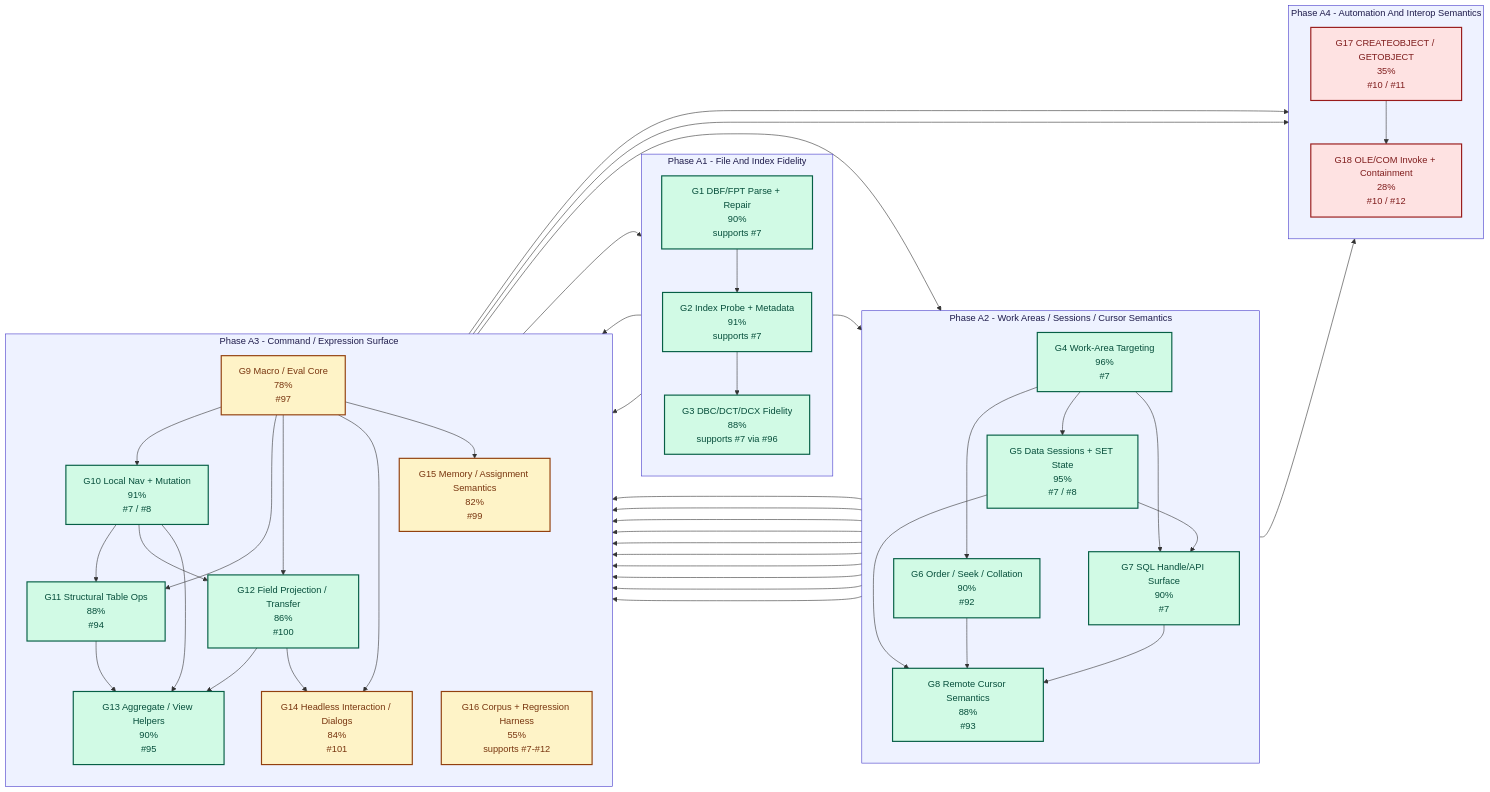
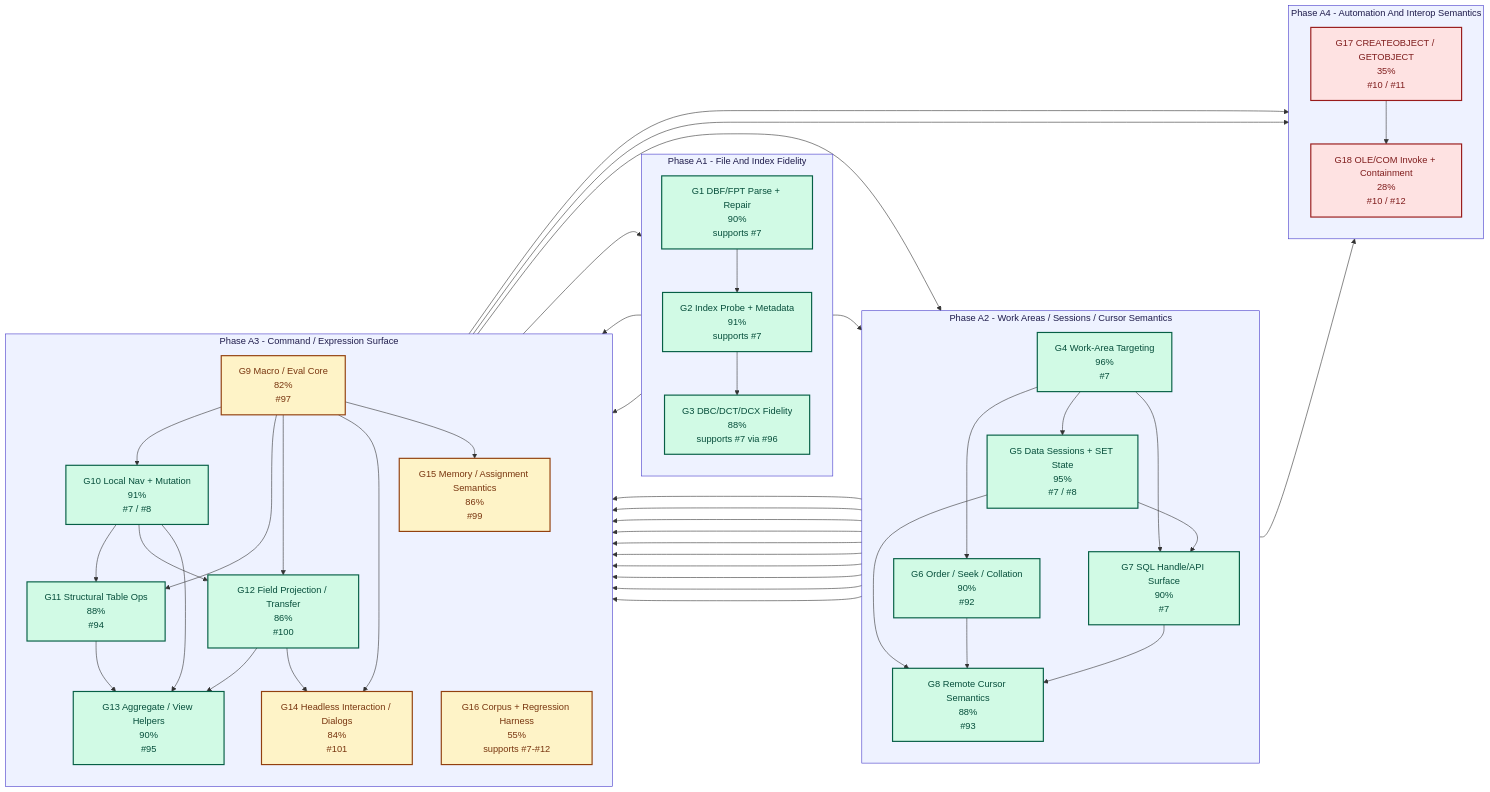
The first of 3 diagrams in docs/23-phase-a-dependency-breakdown.md (rhamenator/Project-Copperfin), drawn with Mermaid before and after one commit. The commit also changed other lines of this file and 10 other files, not shown here.

Commit message:
Close #123-#126 macro and memory residual slices

```diff
--- a/docs/23-phase-a-dependency-breakdown.md
+++ b/docs/23-phase-a-dependency-breakdown.md
@@ -97,13 +97,13 @@
 
     subgraph A3[Phase A3 - Command / Expression Surface]
         direction TB
-        G9["G9 Macro / Eval Core<br/>78%<br/>#97"]
+        G9["G9 Macro / Eval Core<br/>82%<br/>#97"]
         G10["G10 Local Nav + Mutation<br/>91%<br/>#7 / #8"]
         G11["G11 Structural Table Ops<br/>88%<br/>#94"]
         G12["G12 Field Projection / Transfer<br/>86%<br/>#100"]
         G13["G13 Aggregate / View Helpers<br/>90%<br/>#95"]
         G14["G14 Headless Interaction / Dialogs<br/>84%<br/>#101"]
-        G15["G15 Memory / Assignment Semantics<br/>82%<br/>#99"]
+        G15["G15 Memory / Assignment Semantics<br/>86%<br/>#99"]
         G16["G16 Corpus + Regression Harness<br/>55%<br/>supports #7-#12"]
     end
 
```
